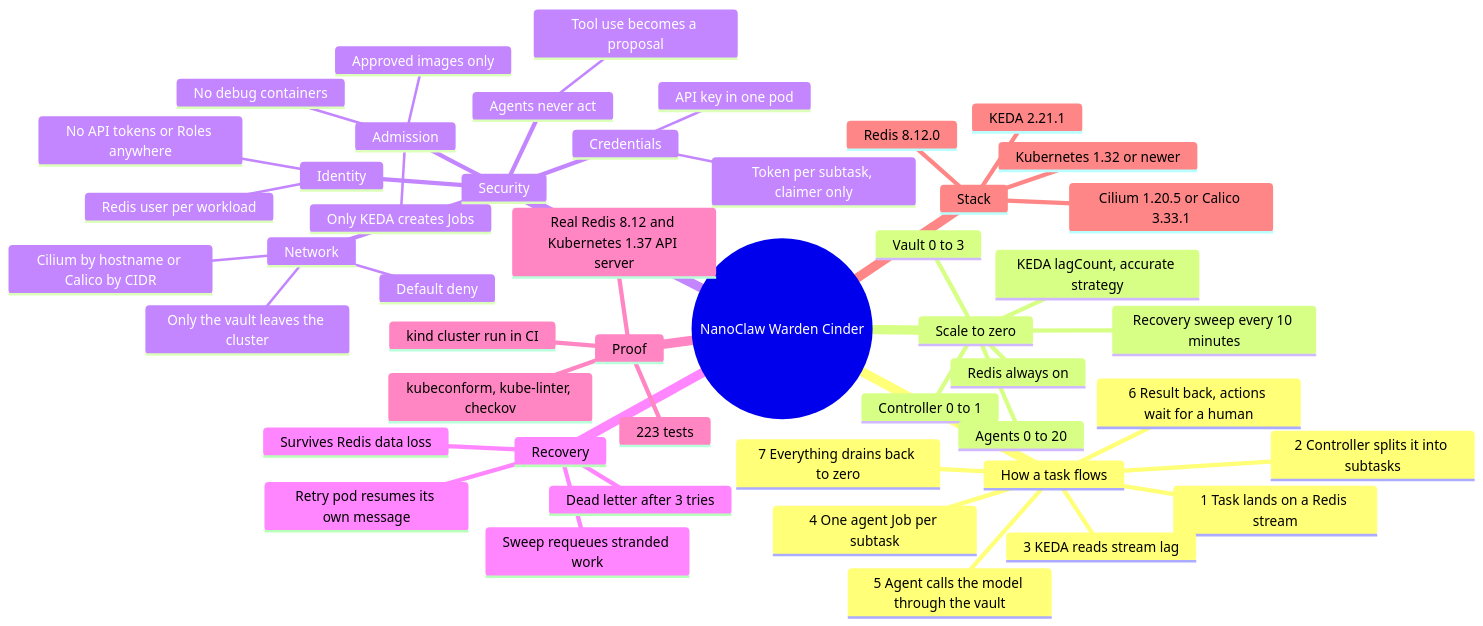
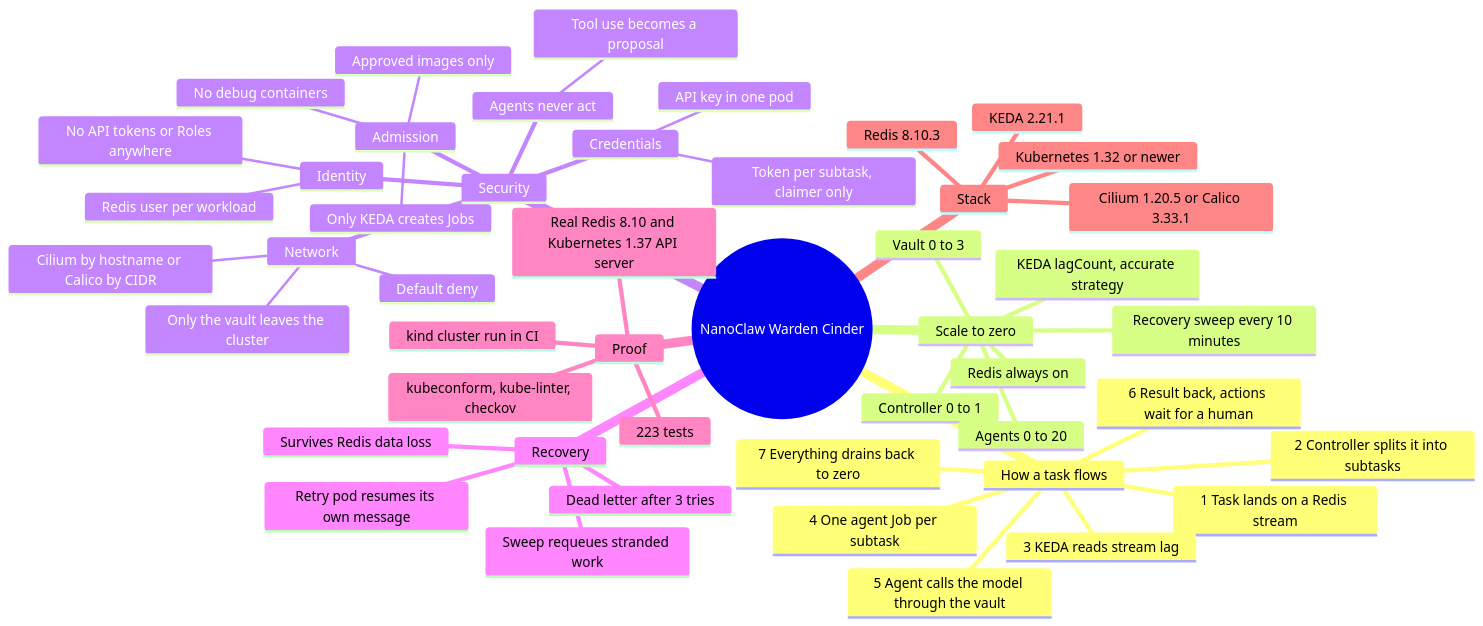
One commit to djkidnyce/nanoclaw-warden-cinder changed the diagram in docs/mindmap.mmd. Above: the diagram before and after it, drawn with Mermaid. The commit also changed 14 other files, not shown here.

```diff
--- a/docs/mindmap.mmd
+++ b/docs/mindmap.mmd
@@ -1,49 +1,49 @@
 mindmap
   root((NanoClaw Warden Cinder))
     How a task flows
       1 Task lands on a Redis stream
       2 Controller splits it into subtasks
       3 KEDA reads stream lag
       4 One agent Job per subtask
       5 Agent calls the model through the vault
       6 Result back, actions wait for a human
       7 Everything drains back to zero
     Scale to zero
       Redis always on
       Controller 0 to 1
       Agents 0 to 20
       Vault 0 to 3
       KEDA lagCount, accurate strategy
       Recovery sweep every 10 minutes
     Security
       Identity
         No API tokens or Roles anywhere
         Redis user per workload
       Network
         Default deny
         Only the vault leaves the cluster
         Cilium by hostname or Calico by CIDR
       Admission
         Only KEDA creates Jobs
         Approved images only
         No debug containers
       Credentials
         API key in one pod
         Token per subtask, claimer only
       Agents never act
         Tool use becomes a proposal
     Recovery
       Retry pod resumes its own message
       Sweep requeues stranded work
       Dead letter after 3 tries
       Survives Redis data loss
     Proof
       223 tests
-      Real Redis 8.12 and Kubernetes 1.37 API server
+      Real Redis 8.10 and Kubernetes 1.37 API server
       kind cluster run in CI
       kubeconform, kube-linter, checkov
     Stack
       KEDA 2.21.1
       Cilium 1.20.5 or Calico 3.33.1
-      Redis 8.12.0
+      Redis 8.10.3
       Kubernetes 1.32 or newer
```
